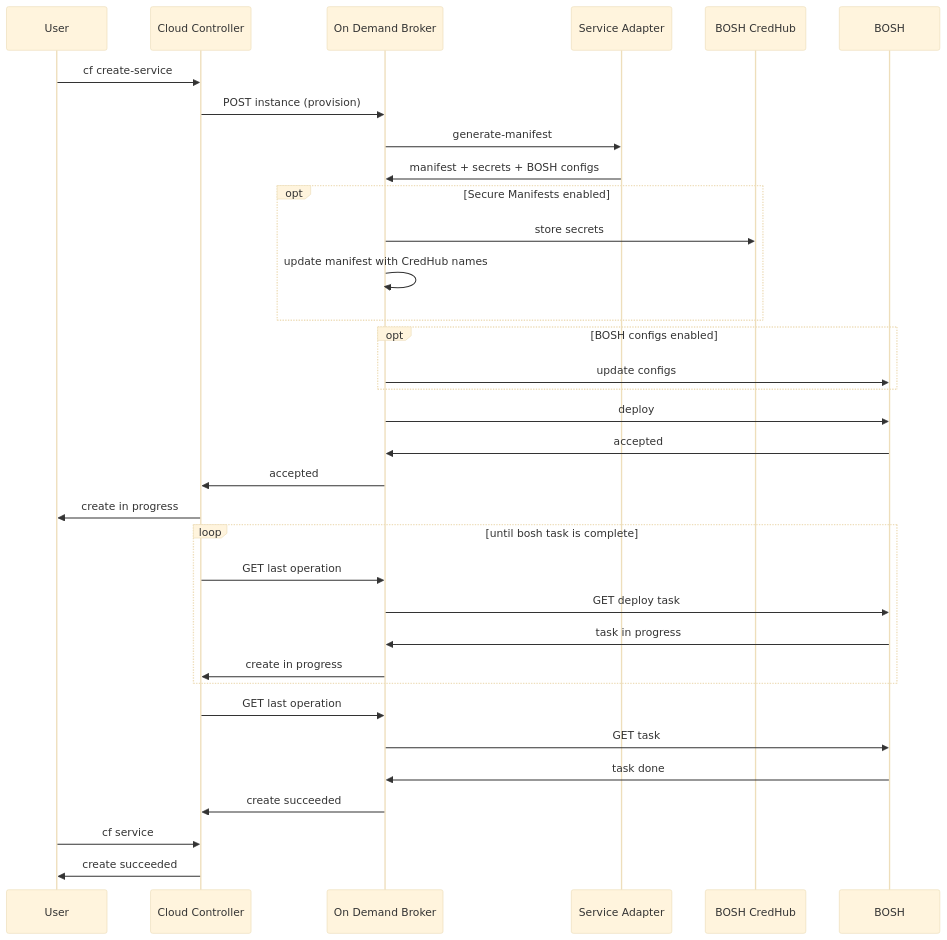
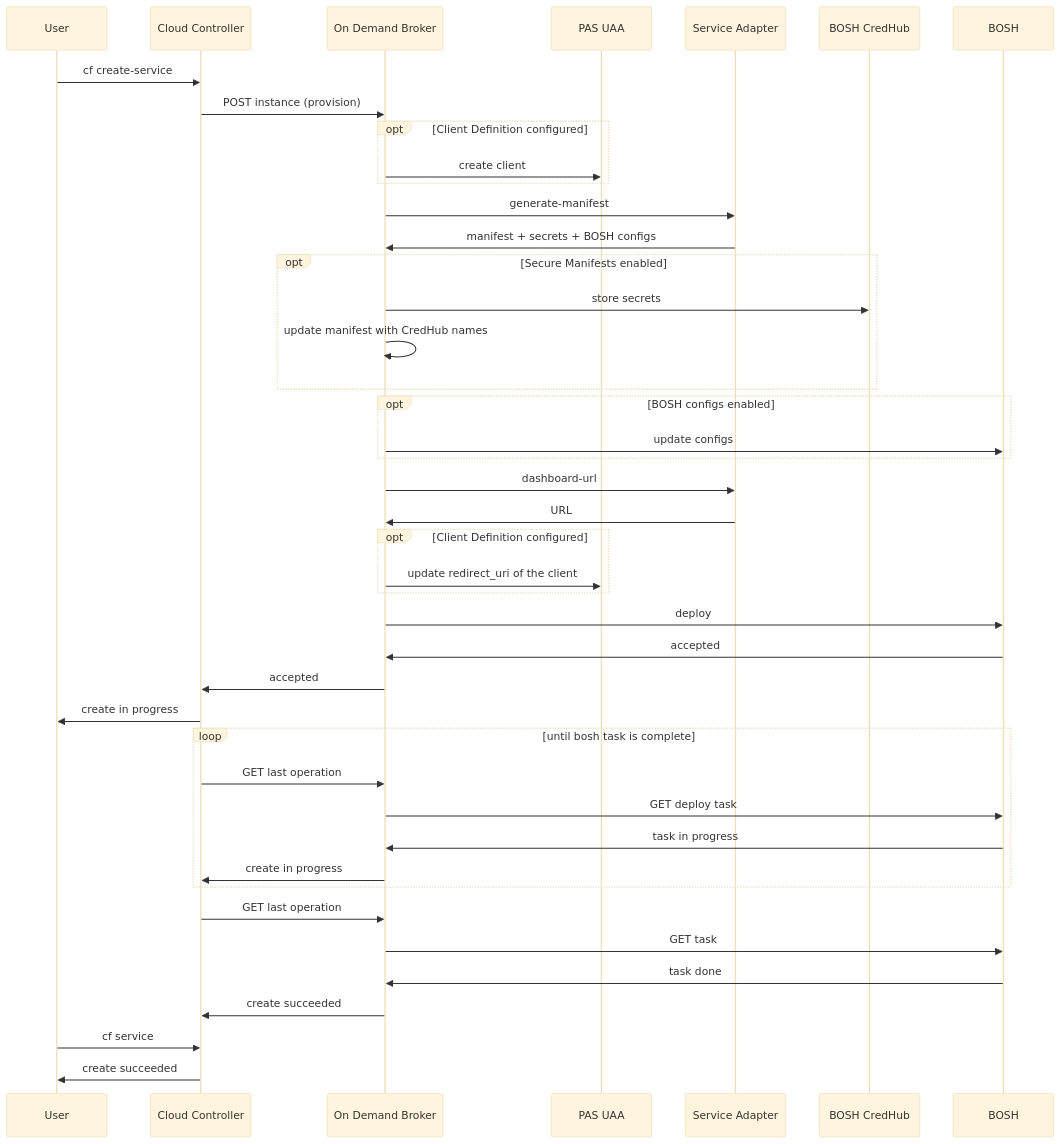
Before and after one commit to pivotal-cf/docs-on-demand-service-broker: the diagram in mmd/create_service_workflow.mmd, drawn with Mermaid (base theme). The commit also changed 3 other files, not shown here.

First line of the commit message:
Document new client_definition property

```diff
--- a/mmd/create_service_workflow.mmd
+++ b/mmd/create_service_workflow.mmd
@@ -1,30 +1,38 @@
 <div class="mermaid">
 sequenceDiagram
   User->> Cloud Controller: cf create-service
   Cloud Controller->> On Demand Broker: POST instance (provision)
+  opt Client Definition configured
+    On Demand Broker->>PAS UAA: create client
+  end
   On Demand Broker->>Service Adapter: generate-manifest
   Service Adapter->>On Demand Broker: manifest + secrets + BOSH configs
   opt Secure Manifests enabled
     On Demand Broker->>BOSH CredHub: store secrets
     On Demand Broker->>On Demand Broker: update manifest with CredHub names
   end
   opt BOSH configs enabled
     On Demand Broker->>BOSH: update configs
+  end
+  On Demand Broker->>Service Adapter: dashboard-url
+  Service Adapter->>On Demand Broker: URL
+  opt Client Definition configured
+    On Demand Broker->>PAS UAA: update redirect_uri of the client
   end
   On Demand Broker->>BOSH: deploy
   BOSH->>On Demand Broker: accepted
   On Demand Broker->>Cloud Controller: accepted
   Cloud Controller->>User: create in progress
   loop until bosh task is complete
     Cloud Controller->>On Demand Broker: GET last operation
     On Demand Broker->>BOSH: GET deploy task
     BOSH->>On Demand Broker: task in progress
     On Demand Broker->>Cloud Controller: create in progress
   end
   Cloud Controller->>On Demand Broker: GET last operation
   On Demand Broker->>BOSH: GET task
   BOSH->>On Demand Broker: task done
   On Demand Broker->>Cloud Controller: create succeeded
   User->>Cloud Controller:cf service
   Cloud Controller->>User: create succeeded
 </div>
```
